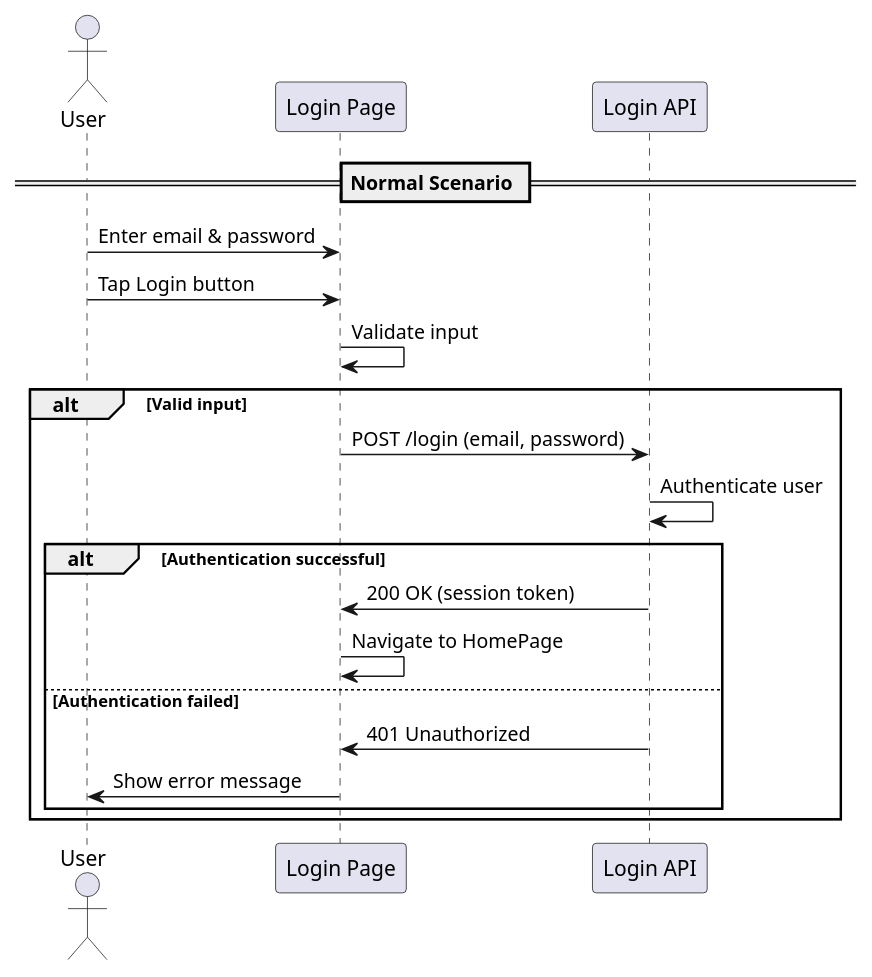
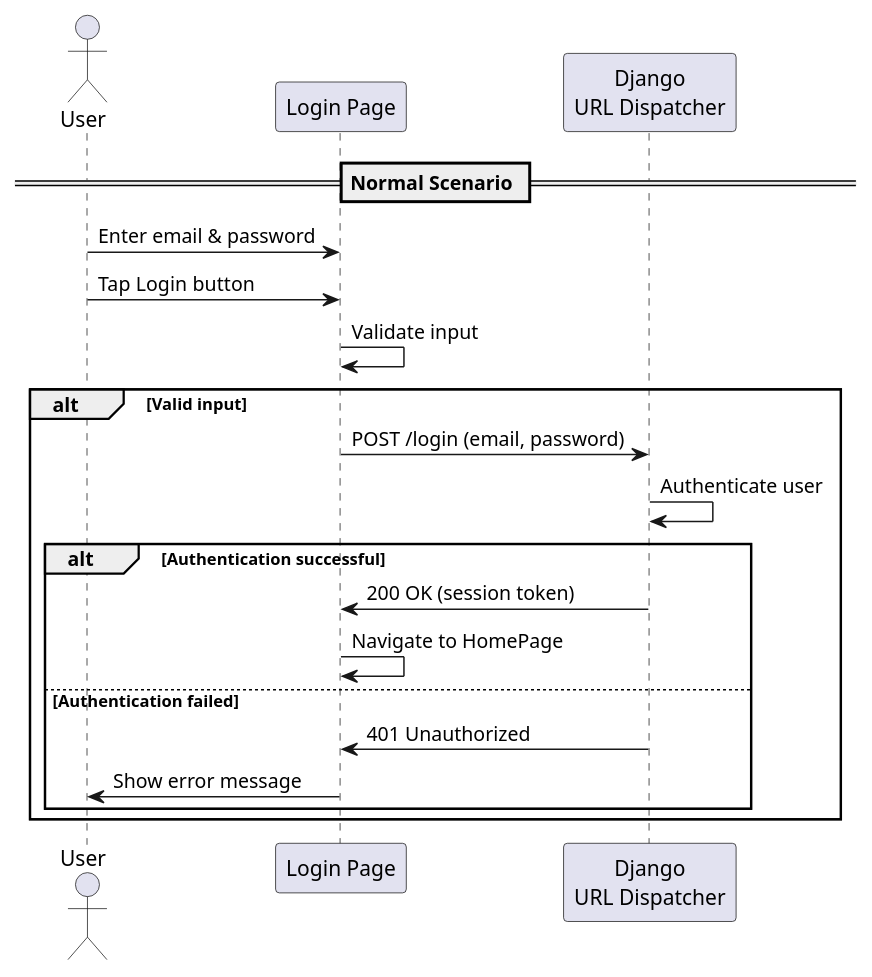
Before and after one commit to KMITL-BusBuddy/diagram: the diagram in registration/login.puml, drawn with PlantUML. The commit also changed 4 other files, not shown here.

```diff
--- a/registration/login.puml
+++ b/registration/login.puml
@@ -1,23 +1,23 @@
 @startuml
 
 actor User
 participant "Login Page" as UI
-participant "Login API" as API
+participant "Django\nURL Dispatcher" as API
 
 == Normal Scenario ==
 User -> UI: Enter email & password
 User -> UI: Tap Login button
 UI -> UI: Validate input
 alt Valid input
     UI -> API: POST /login (email, password)
     API -> API: Authenticate user
     alt Authentication successful
         API -> UI: 200 OK (session token)
         UI -> UI: Navigate to HomePage
     else Authentication failed
         API -> UI: 401 Unauthorized
         UI -> User: Show error message
     end
 end
 
 @enduml
```
